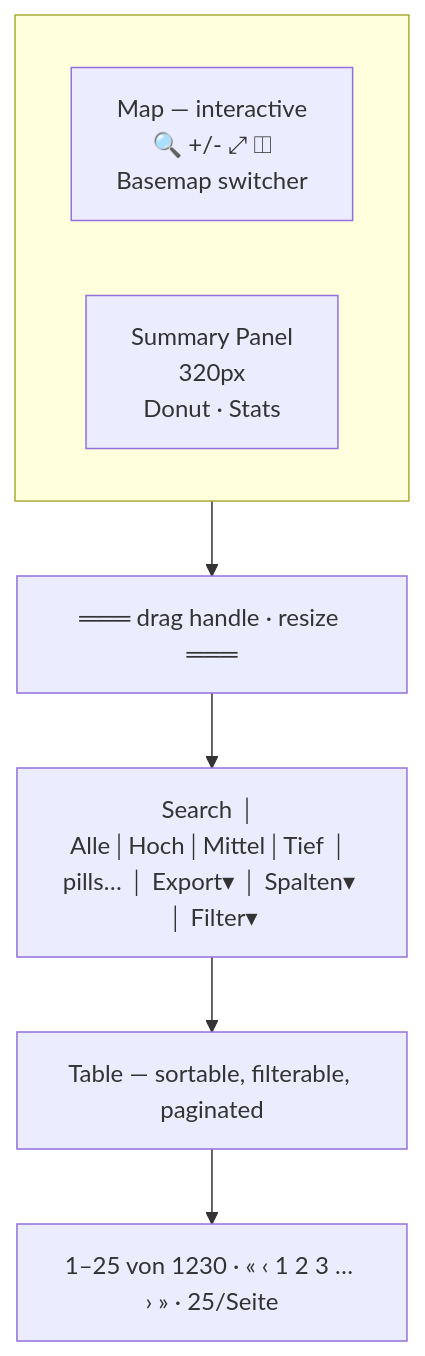
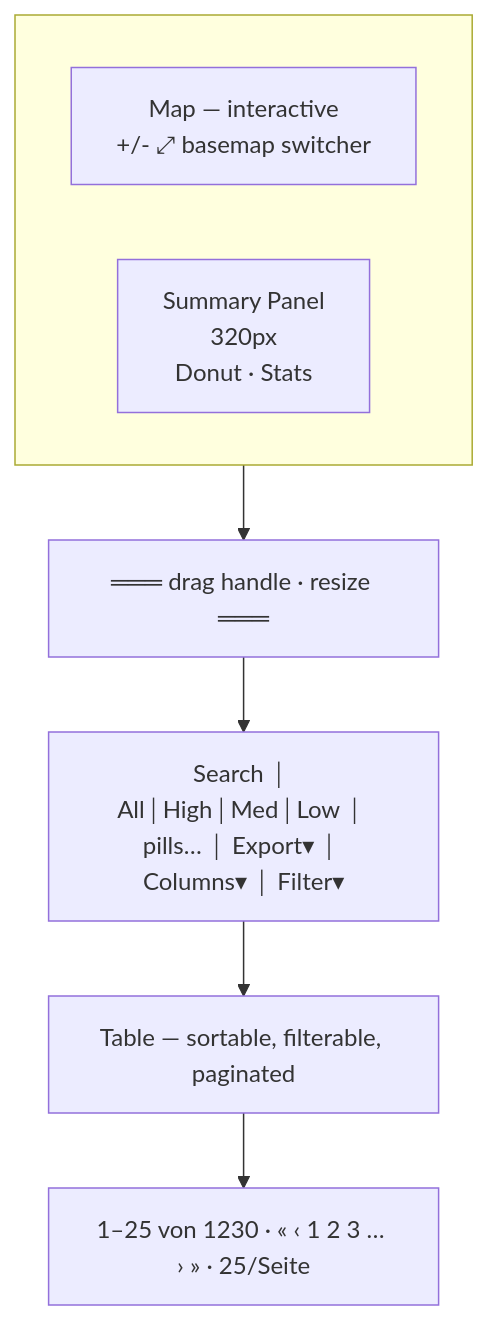
Before and after one commit to bbl-dres/geo-check: the third of 3 diagrams in docs/SPECIFICATION.md, drawn with Mermaid. The commit also changed other lines of this file and 4 other files, not shown here.

````diff
--- a/docs/SPECIFICATION.md
+++ b/docs/SPECIFICATION.md
@@ -310,13 +281,13 @@
 ```mermaid
 graph TD
     subgraph top[" "]
         direction LR
-        Map["Map — interactive<br/>🔍 +/- ⤢ ◫<br/>Basemap switcher"]
+        Map["Map — interactive<br/>+/- ⤢ basemap switcher"]
         Summary["Summary Panel<br/>320px<br/>Donut · Stats"]
     end
     Handle["═══ drag handle · resize ═══"]
-    Toolbar["Search │ Alle│Hoch│Mittel│Tief │ pills… │ Export▾ │ Spalten▾ │ Filter▾"]
+    Toolbar["Search │ All│High│Med│Low │ pills… │ Export▾ │ Columns▾ │ Filter▾"]
     Table["Table — sortable, filterable, paginated"]
     Pagination["1–25 von 1230 · « ‹ 1 2 3 … › » · 25/Seite"]
     top --> Handle --> Toolbar --> Table --> Pagination
 ```
````
